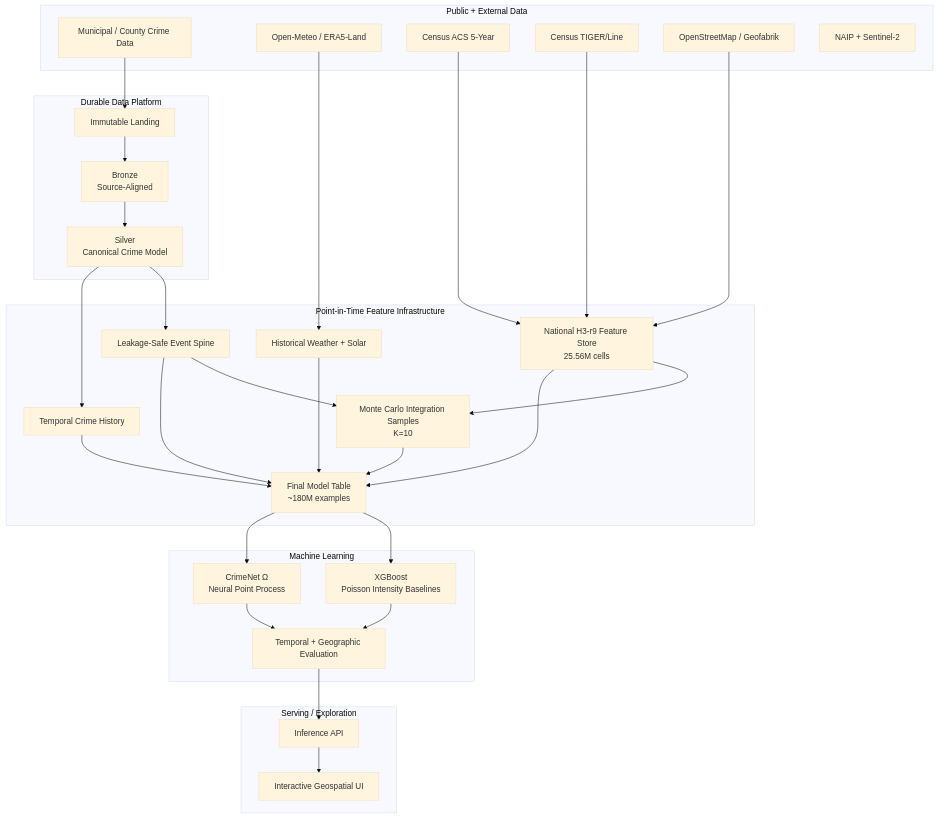
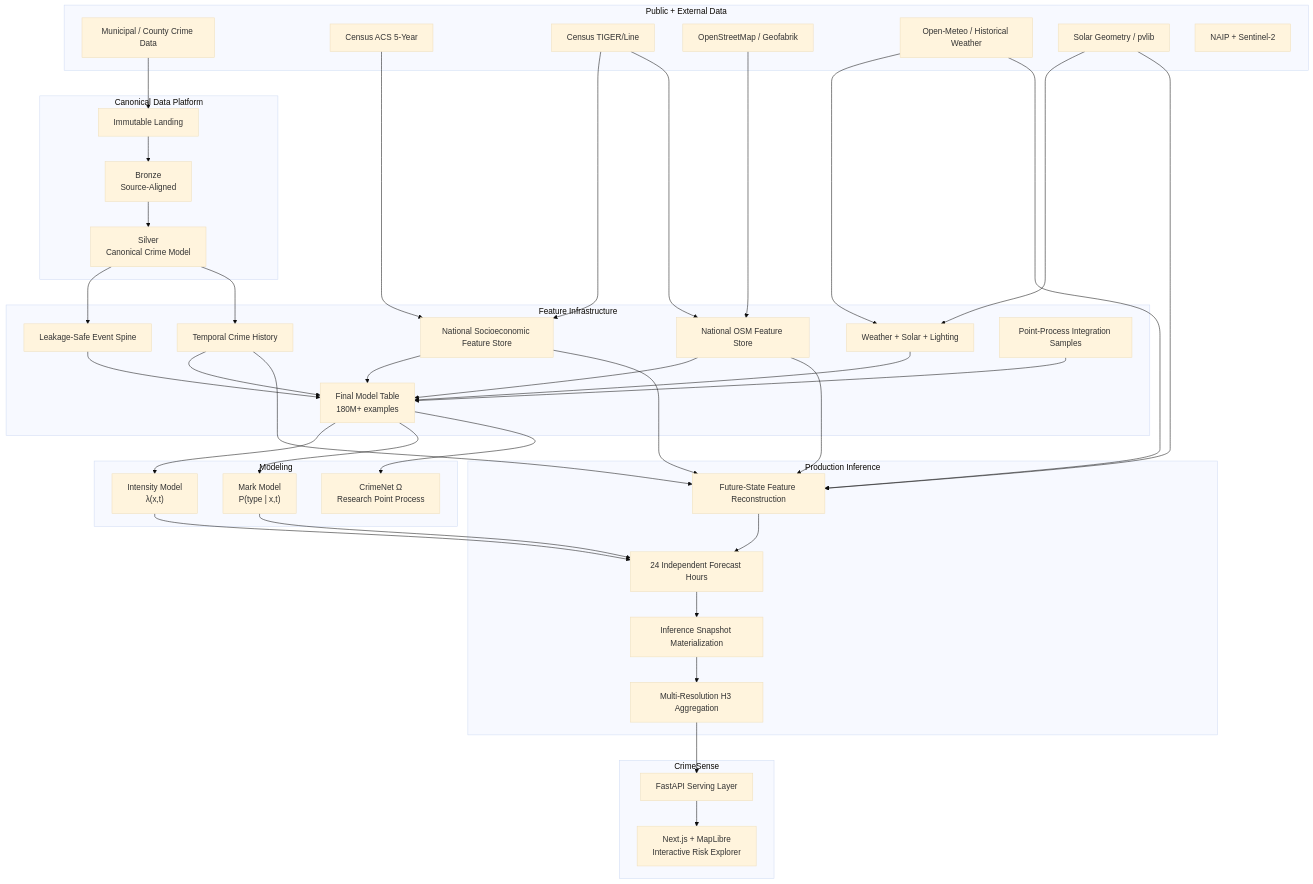
The diagram in README.md (arcode35/CrimeNet), drawn with Mermaid (base theme) before and after one commit. The commit also changed other lines of this file and 1 other file, not shown here.

````diff
--- a/README.md
+++ b/README.md
@@ -63,60 +70,82 @@
 ```mermaid
 flowchart TD
     subgraph Sources["Public + External Data"]
         Crime["Municipal / County Crime Data"]
-        Weather["Open-Meteo / ERA5-Land"]
         ACS["Census ACS 5-Year"]
         TIGER["Census TIGER/Line"]
         OSM["OpenStreetMap / Geofabrik"]
+        Weather["Open-Meteo / Historical Weather"]
+        Solar["Solar Geometry / pvlib"]
         Imagery["NAIP + Sentinel-2"]
     end
 
-    subgraph Lake["Durable Data Platform"]
+    subgraph Data["Canonical Data Platform"]
         Landing["Immutable Landing"]
         Bronze["Bronze\nSource-Aligned"]
         Silver["Silver\nCanonical Crime Model"]
     end
 
-    subgraph Features["Point-in-Time Feature Infrastructure"]
-        National["National H3-r9 Feature Store\n25.56M cells"]
-        Environmental["Historical Weather + Solar"]
+    subgraph Features["Feature Infrastructure"]
+        Socio["National Socioeconomic Feature Store"]
+        Built["National OSM Feature Store"]
+        Environmental["Weather + Solar + Lighting"]
         History["Temporal Crime History"]
         EventSpine["Leakage-Safe Event Spine"]
-        Integration["Monte Carlo Integration Samples\nK=10"]
-        FinalTable["Final Model Table\n~180M examples"]
+        Integration["Point-Process Integration Samples"]
+        FinalTable["Final Model Table\n180M+ examples"]
     end
 
-    subgraph ML["Machine Learning"]
-        XGB["XGBoost\nPoisson Intensity Baselines"]
-        Omega["CrimeNet Ω\nNeural Point Process"]
-        Eval["Temporal + Geographic Evaluation"]
+    subgraph Models["Modeling"]
+        Intensity["Intensity Model\nλ(x,t)"]
+        Mark["Mark Model\nP(type | x,t)"]
+        Omega["CrimeNet Ω\nResearch Point Process"]
     end
 
-    subgraph Product["Serving / Exploration"]
-        API["Inference API"]
-        Map["Interactive Geospatial UI"]
+    subgraph Inference["Production Inference"]
+        Future["Future-State Feature Reconstruction"]
+        Hourly["24 Independent Forecast Hours"]
+        Snapshot["Inference Snapshot Materialization"]
+        LOD["Multi-Resolution H3 Aggregation"]
+    end
+
+    subgraph Product["CrimeSense"]
+        API["FastAPI Serving Layer"]
+        UI["Next.js + MapLibre\nInteractive Risk Explorer"]
     end
 
     Crime --> Landing --> Bronze --> Silver
-    ACS --> National
-    TIGER --> National
-    OSM --> National
+
+    ACS --> Socio
+    TIGER --> Socio
+    TIGER --> Built
+    OSM --> Built
+
     Weather --> Environmental
+    Solar --> Environmental
 
     Silver --> EventSpine
     Silver --> History
-    National --> Integration
-    EventSpine --> Integration
 
-    National --> FinalTable
+    Socio --> FinalTable
+    Built --> FinalTable
     Environmental --> FinalTable
     History --> FinalTable
     EventSpine --> FinalTable
     Integration --> FinalTable
 
-    FinalTable --> XGB
+    FinalTable --> Intensity
+    FinalTable --> Mark
     FinalTable --> Omega
-    XGB --> Eval
-    Omega --> Eval
-    Eval --> API --> Map
+
+    Socio --> Future
+    Built --> Future
+    Weather --> Future
+    Solar --> Future
+    History --> Future
+
+    Intensity --> Hourly
+    Mark --> Hourly
+    Future --> Hourly
+
+    Hourly --> Snapshot --> LOD --> API --> UI
 ```
````
